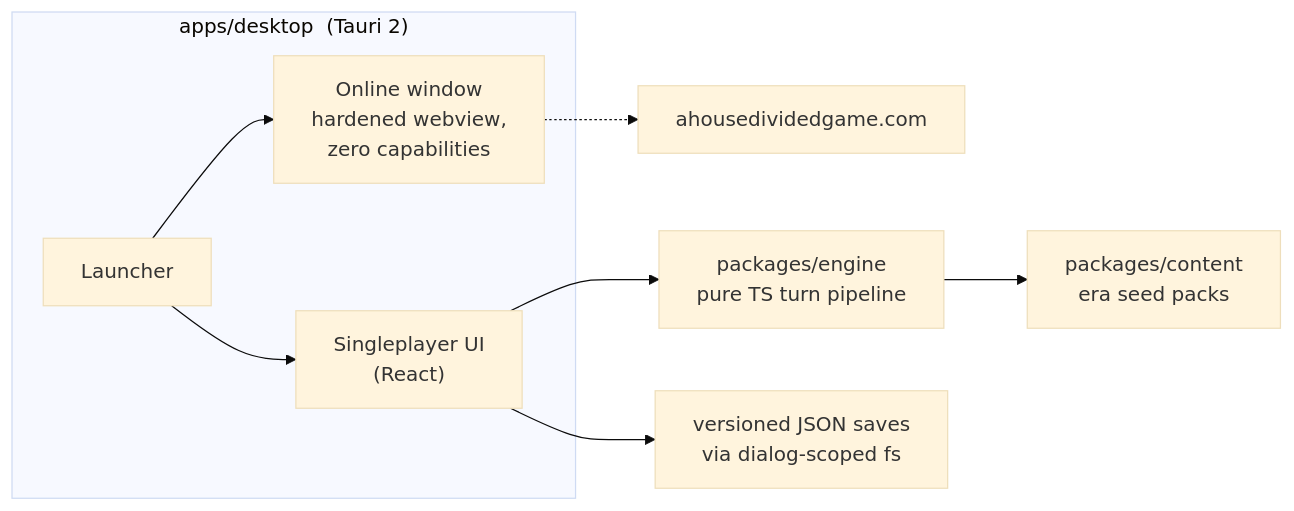
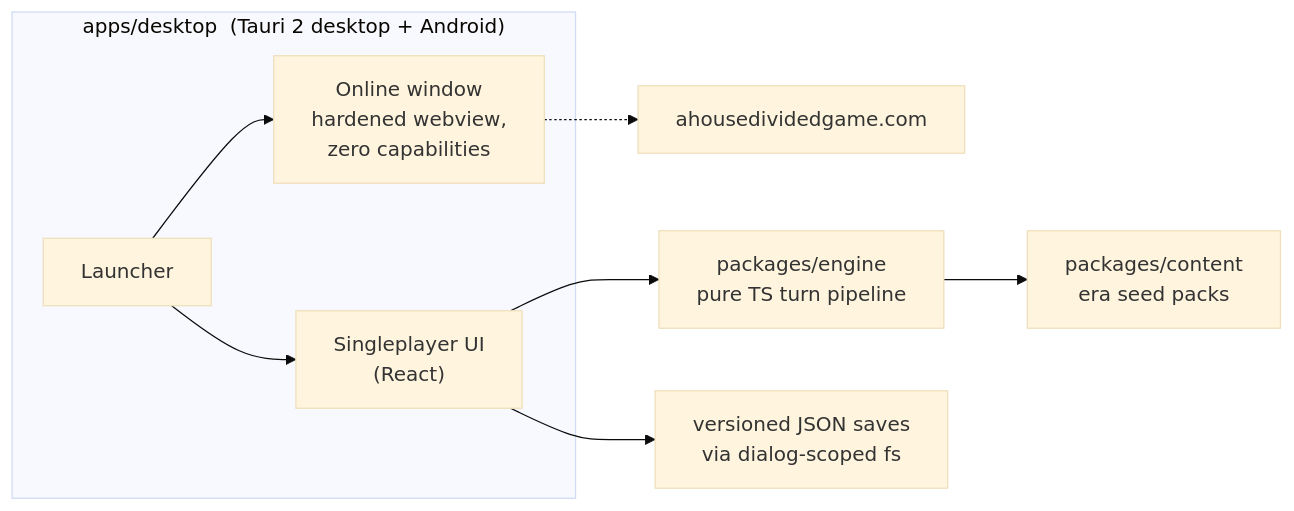
Before and after one commit to Egg3901/AHDClient: the diagram in README.md, drawn with Mermaid (base theme). The commit also changed other lines of this file and 51 other files, not shown here.

````diff
--- a/README.md
+++ b/README.md
@@ -18,11 +18,11 @@
 ```mermaid
 flowchart LR
-  subgraph desktop["apps/desktop &nbsp;(Tauri 2)"]
+  subgraph client["apps/desktop &nbsp;(Tauri 2 desktop + Android)"]
     launcher["Launcher"] --> online["Online window\nhardened webview,\nzero capabilities"]
     launcher --> sp["Singleplayer UI\n(React)"]
   end
   sp --> engine["packages/engine\npure TS turn pipeline"]
   engine --> content["packages/content\nera seed packs"]
   online -.-> live["ahousedividedgame.com"]
   sp --> saves["versioned JSON saves\nvia dialog-scoped fs"]
 ```
````
